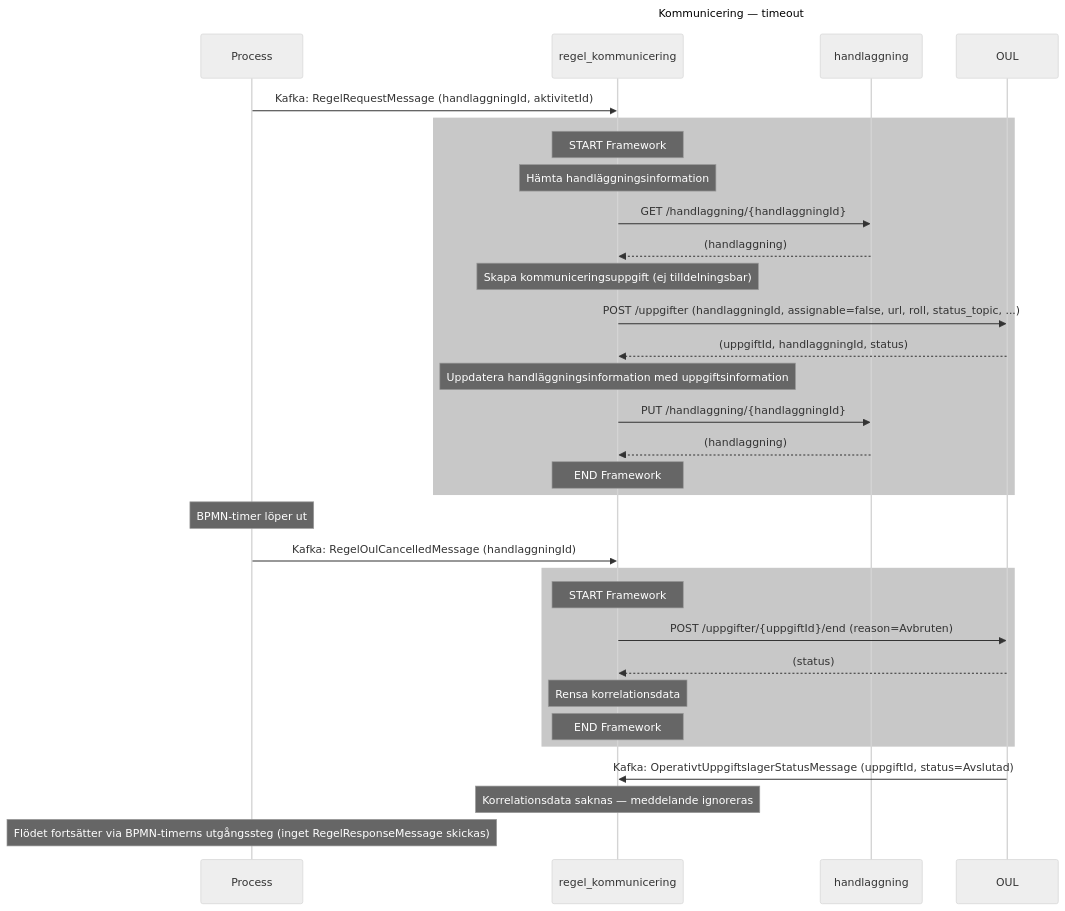
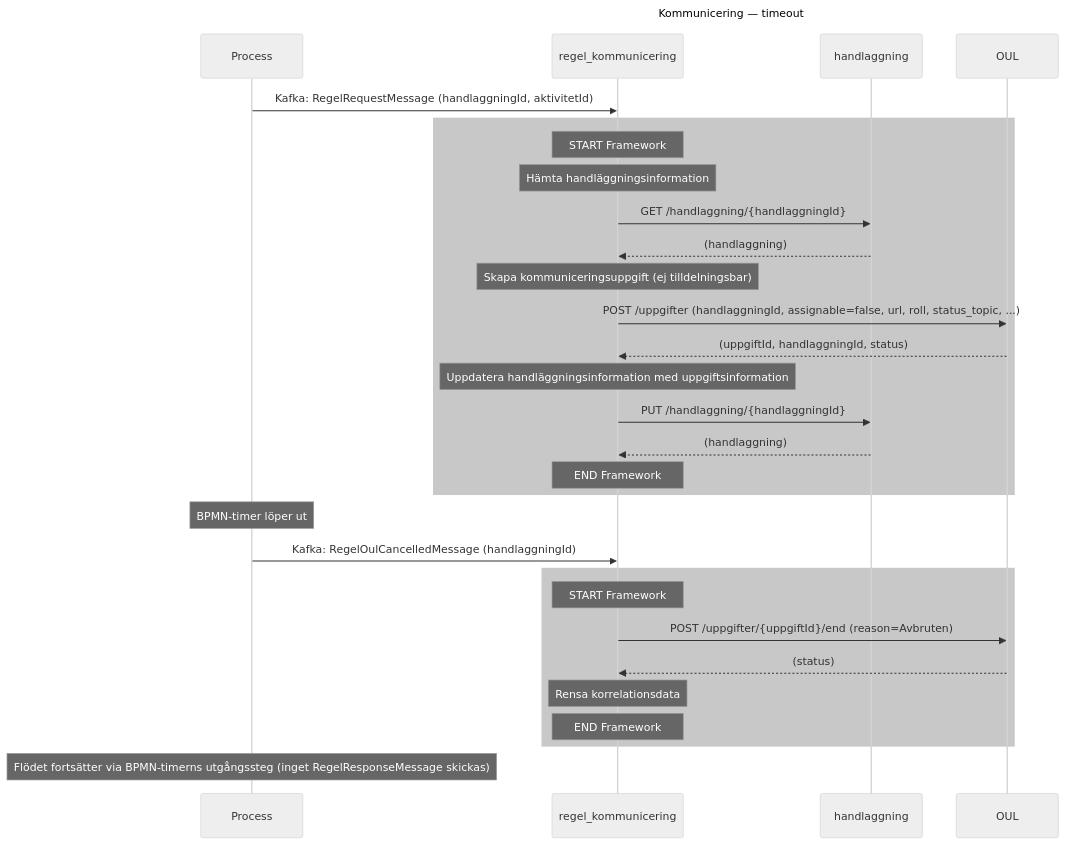
One commit to Forsakringskassan/rimfrost changed the diagram in sequences/kommunicering/kommunicering_timeout.mmd. Above: the diagram before and after it, drawn with Mermaid (neutral theme).

Commit message:
fix: remove incorrect Avslutad status notification from timeout sequence

```diff
--- a/sequences/kommunicering/kommunicering_timeout.mmd
+++ b/sequences/kommunicering/kommunicering_timeout.mmd
@@ -1,50 +1,47 @@
 sequenceDiagram
     title Kommunicering — timeout
 
     participant Process
     participant regel_kommunicering
     participant handlaggning
     participant OUL
 
     Process ->> regel_kommunicering: Kafka: RegelRequestMessage (handlaggningId, aktivitetId)
 
 rect rgb(200, 200, 200)
 
     note over regel_kommunicering: START Framework
 
     note over regel_kommunicering: Hämta handläggningsinformation
     regel_kommunicering ->> handlaggning: GET /handlaggning/{handlaggningId}
     handlaggning -->> regel_kommunicering: (handlaggning)
 
     note over regel_kommunicering: Skapa kommuniceringsuppgift (ej tilldelningsbar)
     regel_kommunicering ->> OUL: POST /uppgifter (handlaggningId, assignable=false, url, roll, status_topic, ...)
     OUL -->> regel_kommunicering: (uppgiftId, handlaggningId, status)
 
     note over regel_kommunicering: Uppdatera handläggningsinformation med uppgiftsinformation
     regel_kommunicering ->> handlaggning: PUT /handlaggning/{handlaggningId}
     handlaggning -->> regel_kommunicering: (handlaggning)
 
     note over regel_kommunicering: END Framework
 
 end
 
     note over Process: BPMN-timer löper ut
 
     Process ->> regel_kommunicering: Kafka: RegelOulCancelledMessage (handlaggningId)
 
 rect rgb(200, 200, 200)
 
     note over regel_kommunicering: START Framework
 
     regel_kommunicering ->> OUL: POST /uppgifter/{uppgiftId}/end (reason=Avbruten)
     OUL -->> regel_kommunicering: (status)
 
     note over regel_kommunicering: Rensa korrelationsdata
     note over regel_kommunicering: END Framework
 
 end
 
-    OUL ->> regel_kommunicering: Kafka: OperativtUppgiftslagerStatusMessage (uppgiftId, status=Avslutad)
-    note over regel_kommunicering: Korrelationsdata saknas — meddelande ignoreras
-
     note over Process: Flödet fortsätter via BPMN-timerns utgångssteg (inget RegelResponseMessage skickas)
```
